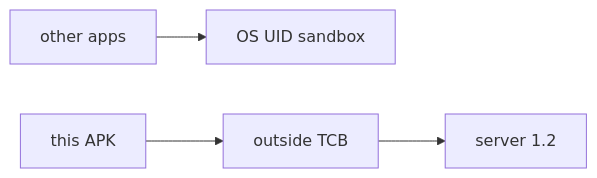
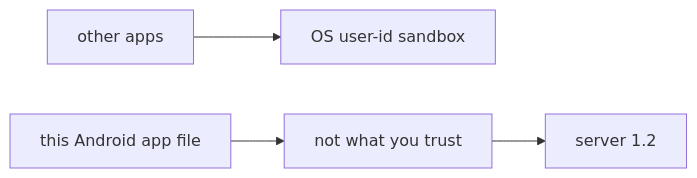
The second of 2 diagrams in content/modules/8/8.1/lessons/01-property.md (ishitvagoel/LearnSecurity), drawn with Mermaid before and after one commit. The commit also changed other lines of this file and 39 other files, not shown here.

````diff
--- a/content/modules/8/8.1/lessons/01-property.md
+++ b/content/modules/8/8.1/lessons/01-property.md
@@ -31,6 +30,6 @@
 ```mermaid
 flowchart LR
-  Other["other apps"] --> Sandbox["OS UID sandbox"]
-  This["this APK"] --> Hostile[outside TCB]
+  Other["other apps"] --> Sandbox["OS user-id sandbox"]
+  This["this Android app file"] --> Hostile[not what you trust]
   Hostile --> Server2["server 1.2"]
 ```
````
